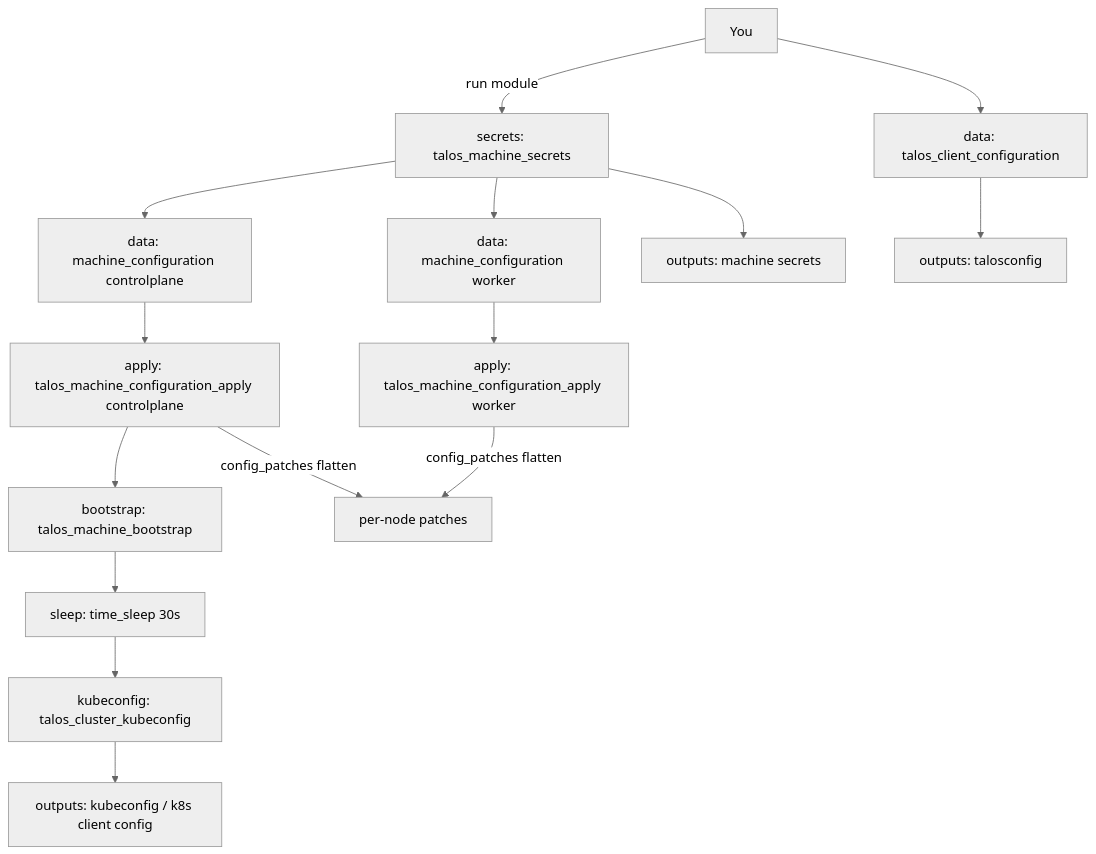
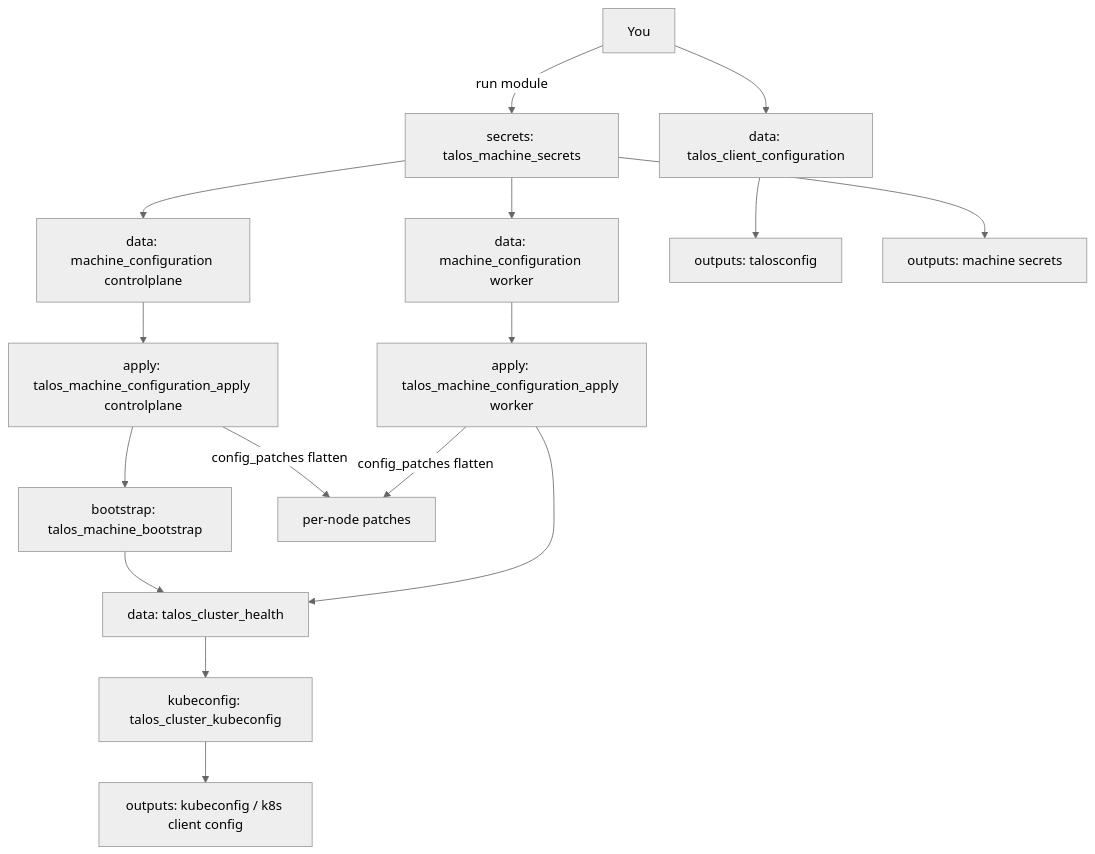
One commit to RocketPadPlatforms/talos-terraform changed the diagram in AGENTS.md. Above: the diagram before and after it, drawn with Mermaid (neutral theme). The commit also changed other lines of this file and 1 other file, not shown here.

First line of the commit message:
fix(talos): poll cluster health instead of fixed sleep

````diff
--- a/AGENTS.md
+++ b/AGENTS.md
@@ -90,17 +90,18 @@
 ```mermaid
 graph TD
   A[You] -->|run module| B[secrets: talos_machine_secrets]
   B --> C[data: machine_configuration controlplane]
   B --> D[data: machine_configuration worker]
   C --> E[apply: talos_machine_configuration_apply controlplane]
   D --> F[apply: talos_machine_configuration_apply worker]
   E --> G[bootstrap: talos_machine_bootstrap]
-  G --> H[sleep: time_sleep 30s]
+  G --> H[data: talos_cluster_health]
+  F --> H
   H --> I[kubeconfig: talos_cluster_kubeconfig]
   A --> J[data: talos_client_configuration]
   J --> O[outputs: talosconfig]
   B --> K[outputs: machine secrets]
   I --> L[outputs: kubeconfig / k8s client config]
   E -->|config_patches flatten| M[per-node patches]
   F -->|config_patches flatten| M
 ```
````
